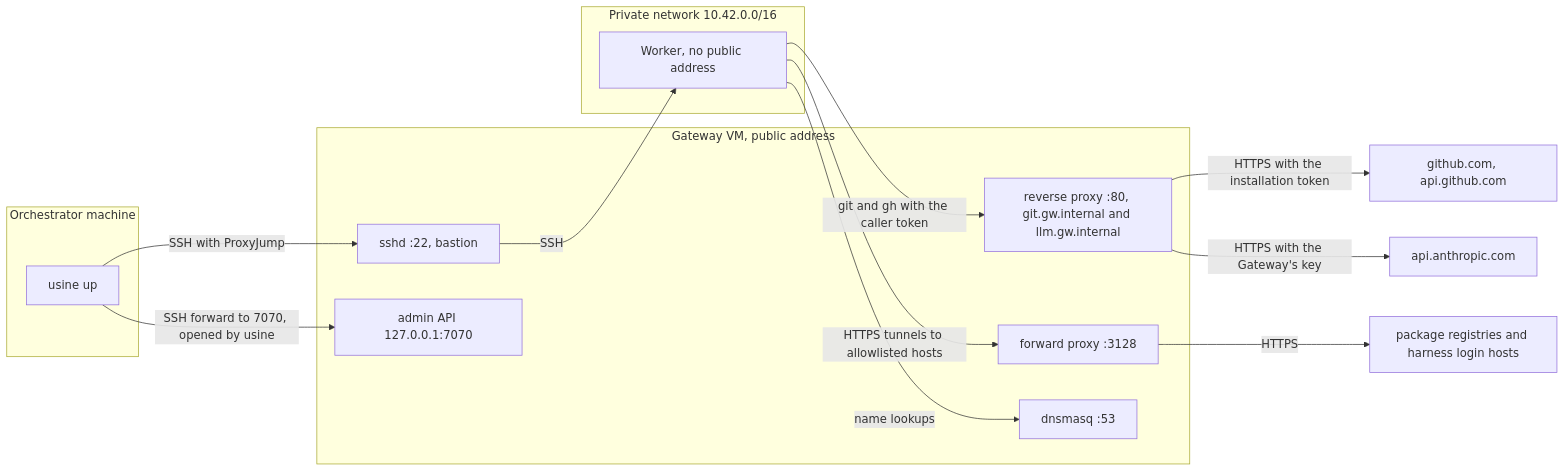
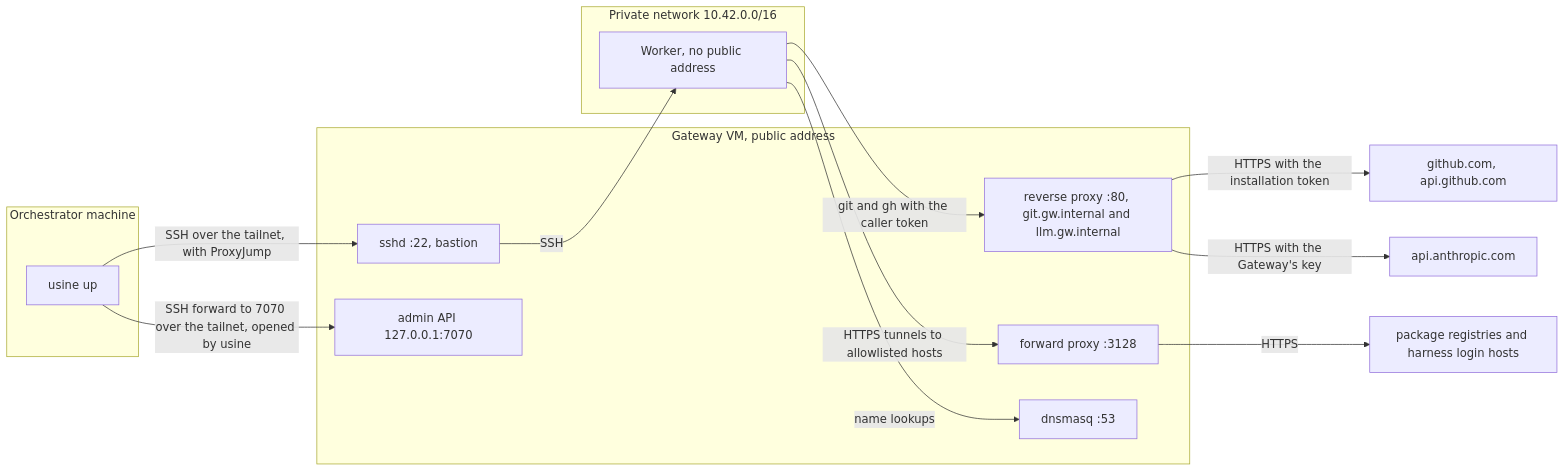
The diagram in apps/docs/src/content/docs/guides/add-a-worker.mdx (basaltbytes/usine), drawn with Mermaid before and after one commit. The commit also changed other lines of this file and 5 other files, not shown here.

````diff
--- a/apps/docs/src/content/docs/guides/add-a-worker.mdx
+++ b/apps/docs/src/content/docs/guides/add-a-worker.mdx
@@ -109,25 +109,25 @@
 ```mermaid
 flowchart LR
   subgraph orch["Orchestrator machine"]
     O["usine up"]
   end
   subgraph gw["Gateway VM, public address"]
     SSHD["sshd :22, bastion"]
     ADMIN["admin API 127.0.0.1:7070"]
     RP["reverse proxy :80, git.gw.internal and llm.gw.internal"]
     FP["forward proxy :3128"]
     DNS["dnsmasq :53"]
   end
   subgraph net["Private network 10.42.0.0/16"]
     W["Worker, no public address"]
   end
-  O -->|"SSH with ProxyJump"| SSHD
+  O -->|"SSH over the tailnet, with ProxyJump"| SSHD
   SSHD -->|SSH| W
-  O -->|"SSH forward to 7070, opened by usine"| ADMIN
+  O -->|"SSH forward to 7070 over the tailnet, opened by usine"| ADMIN
   W -->|"git and gh with the caller token"| RP
   W -->|"HTTPS tunnels to allowlisted hosts"| FP
   W -->|"name lookups"| DNS
   RP -->|"HTTPS with the installation token"| GH["github.com, api.github.com"]
   RP -->|"HTTPS with the Gateway's key"| LLM["api.anthropic.com"]
   FP -->|HTTPS| EXT["package registries and harness login hosts"]
 ```
````
